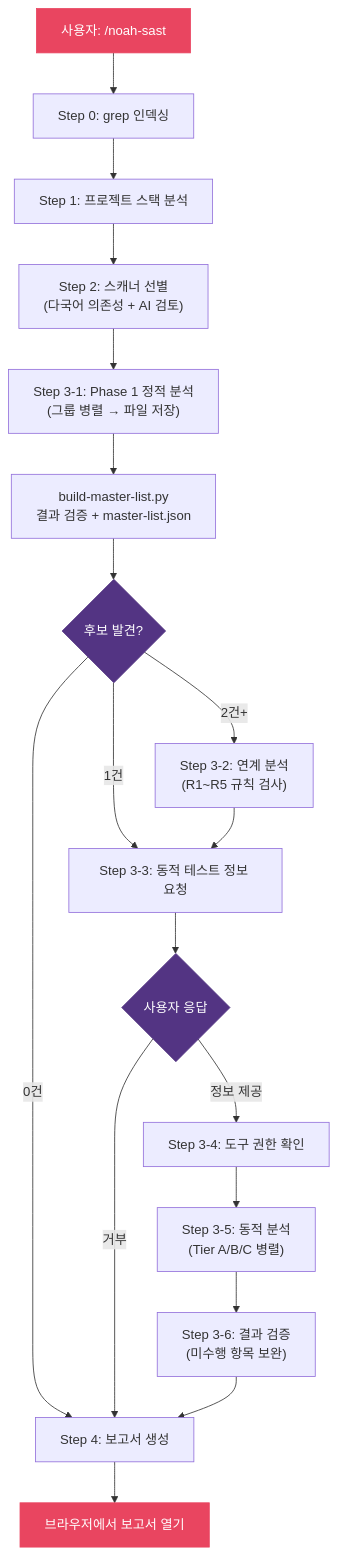
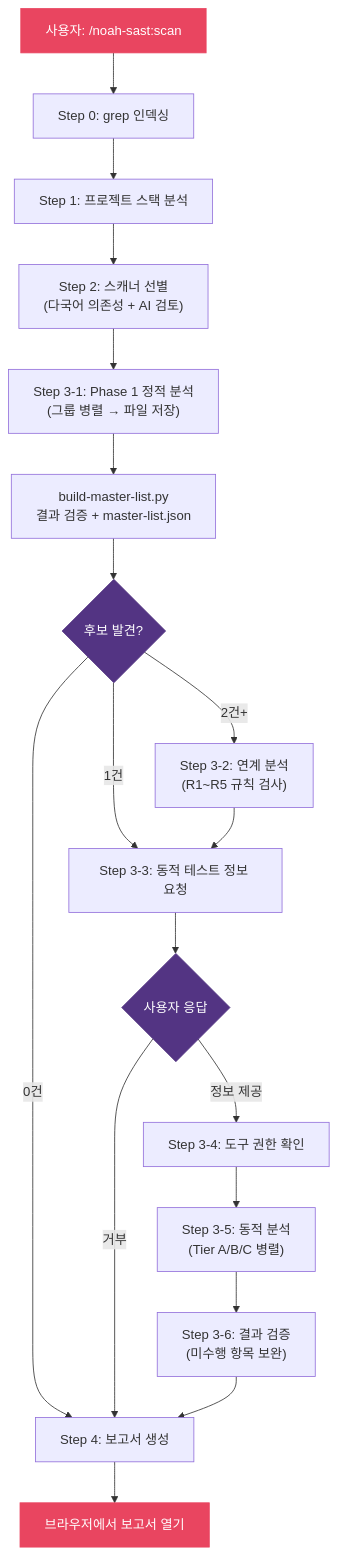
The fifth of 5 diagrams in README.md (nomarlhack/noah-sast), drawn with Mermaid before and after one commit. The commit also changed other lines of this file and 8 other files, not shown here.

````diff
--- a/README.md
+++ b/README.md
@@ -618,25 +618,25 @@
 ```mermaid
 flowchart TD
-    User["사용자: /noah-sast"] --> S0["Step 0: grep 인덱싱"]
+    User["사용자: /noah-sast:scan"] --> S0["Step 0: grep 인덱싱"]
     S0 --> S1["Step 1: 프로젝트 스택 분석"]
     S1 --> S2["Step 2: 스캐너 선별\n(다국어 의존성 + AI 검토)"]
     S2 --> S3["Step 3-1: Phase 1 정적 분석\n(그룹 병렬 → 파일 저장)"]
     S3 --> BML2["build-master-list.py\n결과 검증 + master-list.json"]
     BML2 --> Check{후보 발견?}
     Check -->|0건| S4["Step 4: 보고서 생성"]
     Check -->|2건+| Chain["Step 3-2: 연계 분석\n(R1~R5 규칙 검사)"]
     Check -->|1건| Ask
     Chain --> Ask["Step 3-3: 동적 테스트 정보 요청"]
     Ask --> UserReply{사용자 응답}
     UserReply -->|정보 제공| Perm["Step 3-4: 도구 권한 확인"]
     UserReply -->|거부| S4
     Perm --> Dynamic["Step 3-5: 동적 분석\n(Tier A/B/C 병렬)"]
     Dynamic --> Verify["Step 3-6: 결과 검증\n(미수행 항목 보완)"]
     Verify --> S4
     S4 --> Open["브라우저에서 보고서 열기"]
 
     style User fill:#e94560,stroke:#e94560,color:#fff
     style Open fill:#e94560,stroke:#e94560,color:#fff
     style Check fill:#533483,stroke:#533483,color:#fff
     style UserReply fill:#533483,stroke:#533483,color:#fff
 ```
````
